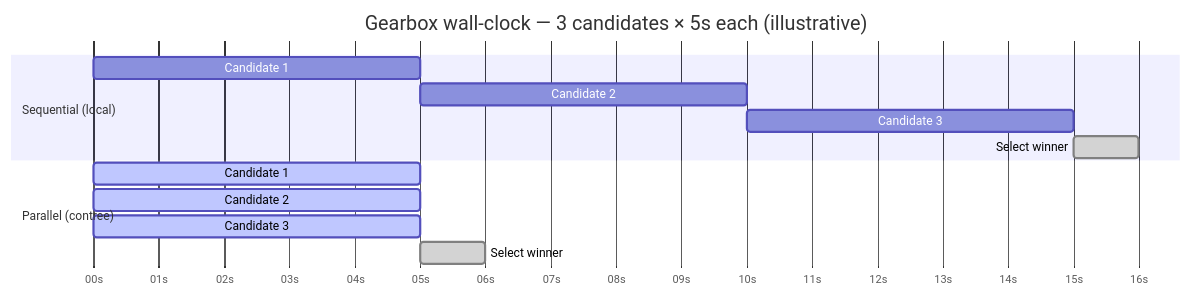
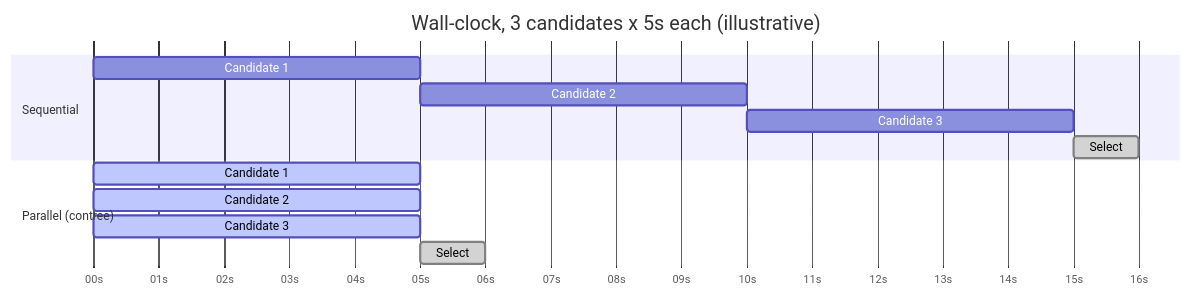
One commit to yhinai/true changed the fifth of 8 diagrams in README.md. Above: the diagram before and after it, drawn with Mermaid. The commit also changed other lines of this file, not shown here.

Commit message:
docs: minimal README with fixed diagrams

````diff
--- a/README.md
+++ b/README.md
@@ -236,16 +221,16 @@
 ```mermaid
 gantt
-    title Gearbox wall-clock — 3 candidates × 5s each (illustrative)
+    title Wall-clock, 3 candidates x 5s each (illustrative)
     dateFormat ss
     axisFormat %Ss
-    section Sequential (local)
-    Candidate 1 :seq1, 00, 5s
-    Candidate 2 :seq2, after seq1, 5s
-    Candidate 3 :seq3, after seq2, 5s
-    Select winner :done, after seq3, 1s
+    section Sequential
+    Candidate 1 :c1, 00, 5s
+    Candidate 2 :c2, after c1, 5s
+    Candidate 3 :c3, after c2, 5s
+    Select      :done, after c3, 1s
     section Parallel (contree)
-    Candidate 1 :active, par1, 00, 5s
-    Candidate 2 :active, par2, 00, 5s
-    Candidate 3 :active, par3, 00, 5s
-    Select winner :done, par4, 05, 1s
+    Candidate 1 :active, p1, 00, 5s
+    Candidate 2 :active, p2, 00, 5s
+    Candidate 3 :active, p3, 00, 5s
+    Select      :done, p4, 05, 1s
 ```
````
